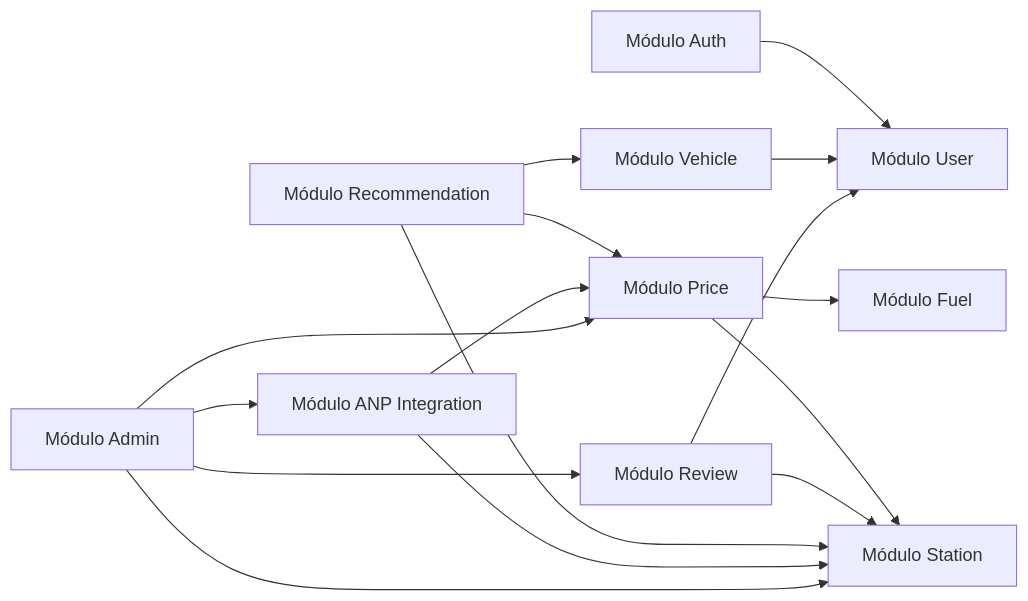
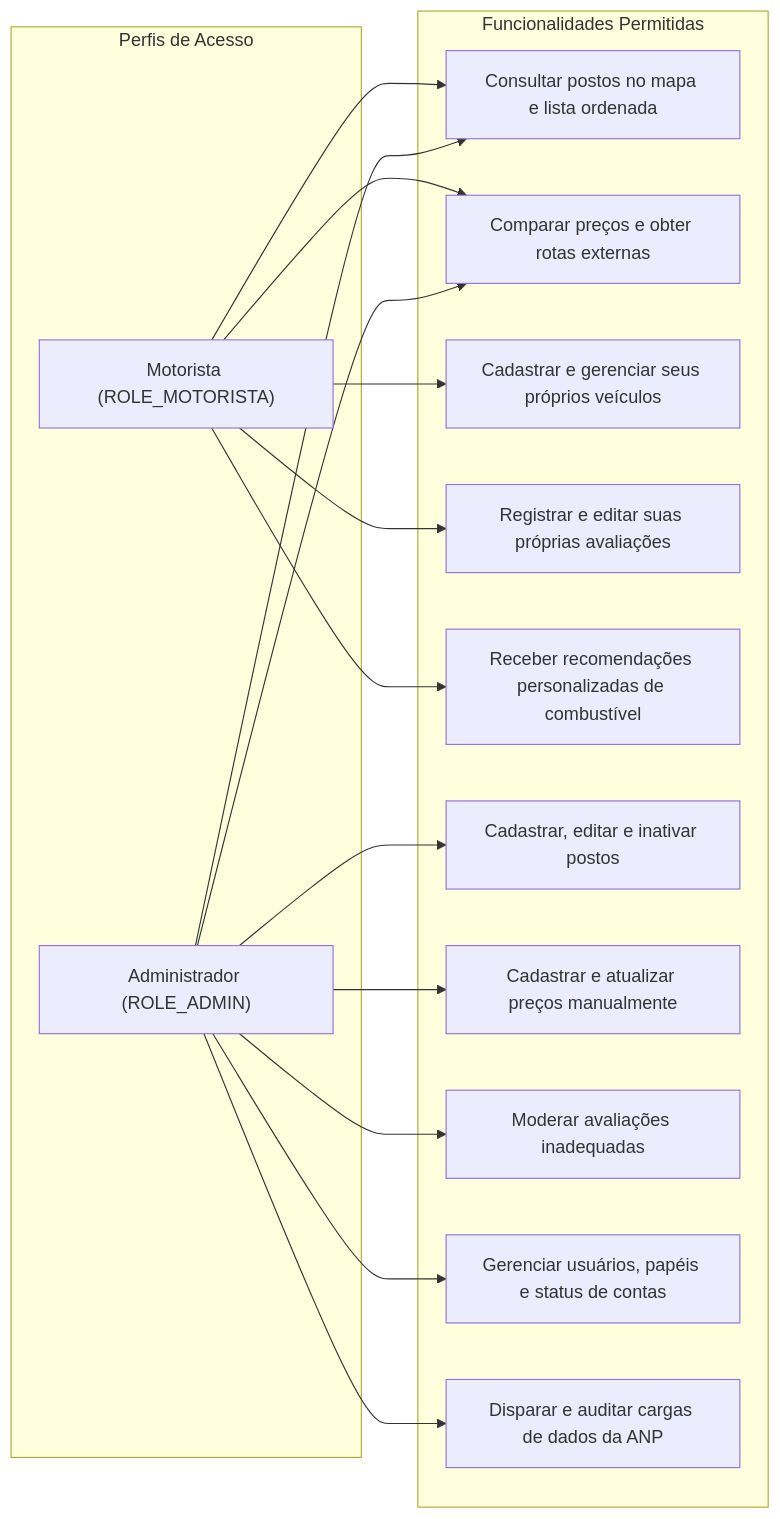
Before and after one commit to fuguharawillian/FuelFinder-: the second of 6 diagrams in .ai/architecture.md, drawn with Mermaid. The commit also changed other lines of this file and 3 other files, not shown here.

````diff
--- a/.ai/architecture.md
+++ b/.ai/architecture.md
@@ -112,29 +88,34 @@
 ```mermaid
 flowchart LR
-    AUTH[Módulo Auth]
-    USER[Módulo User]
-    VEHICLE[Módulo Vehicle]
-    STATION[Módulo Station]
-    FUEL[Módulo Fuel]
-    PRICE[Módulo Price]
-    REVIEW[Módulo Review]
-    REC[Módulo Recommendation]
-    ANP[Módulo ANP Integration]
-    ADMIN[Módulo Admin]
+    subgraph PERFIS[Perfis de Acesso]
+        MOTORISTA["Motorista (ROLE_MOTORISTA)"]
+        ADMIN["Administrador (ROLE_ADMIN)"]
+    end
 
-    AUTH --> USER
-    VEHICLE --> USER
-    PRICE --> STATION
-    PRICE --> FUEL
-    REVIEW --> STATION
-    REVIEW --> USER
-    REC --> VEHICLE
-    REC --> PRICE
-    REC --> STATION
-    ANP --> STATION
-    ANP --> PRICE
-    ADMIN --> STATION
-    ADMIN --> PRICE
-    ADMIN --> REVIEW
-    ADMIN --> ANP
+    subgraph FUNCS[Funcionalidades Permitidas]
+        F1[Consultar postos no mapa e lista ordenada]
+        F2[Comparar preços e obter rotas externas]
+        F3[Cadastrar e gerenciar seus próprios veículos]
+        F4[Registrar e editar suas próprias avaliações]
+        F5[Receber recomendações personalizadas de combustível]
+        F6[Cadastrar, editar e inativar postos]
+        F7[Cadastrar e atualizar preços manualmente]
+        F8[Moderar avaliações inadequadas]
+        F9[Gerenciar usuários, papéis e status de contas]
+        F10[Disparar e auditar cargas de dados da ANP]
+    end
+
+    MOTORISTA --> F1
+    MOTORISTA --> F2
+    MOTORISTA --> F3
+    MOTORISTA --> F4
+    MOTORISTA --> F5
+
+    ADMIN --> F1
+    ADMIN --> F2
+    ADMIN --> F6
+    ADMIN --> F7
+    ADMIN --> F8
+    ADMIN --> F9
+    ADMIN --> F10
 ```
````
